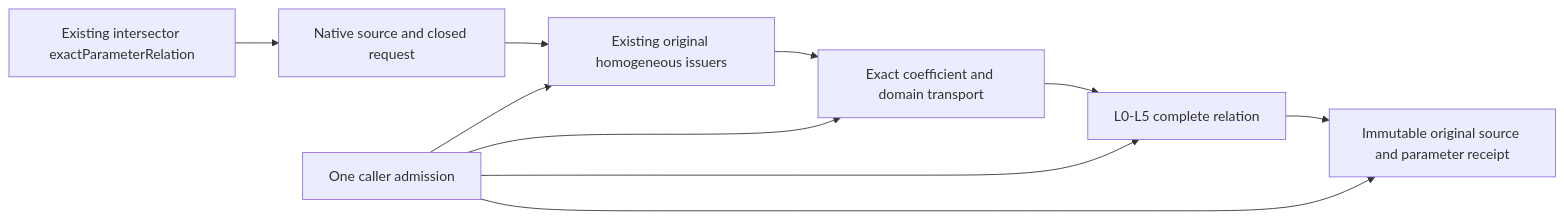
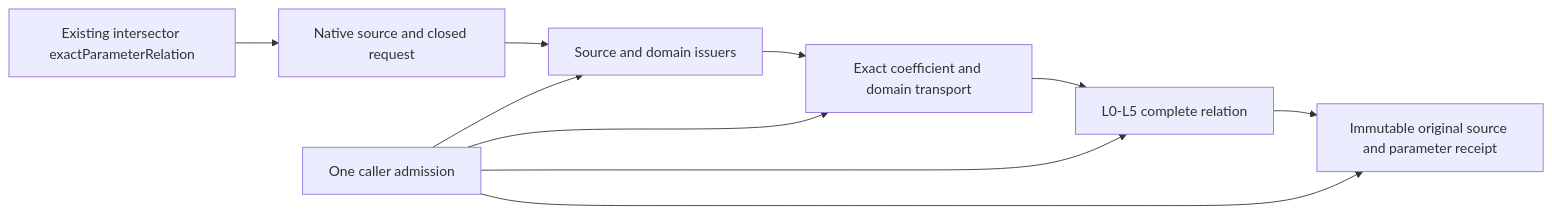
The diagram in Sources/CADGeometry/NativeExactRelations/DESIGN.md (1amageek/swift-CAD), drawn with Mermaid before and after one commit. The commit also changed other lines of this file and 52 other files, not shown here.

````diff
--- a/Sources/CADGeometry/NativeExactRelations/DESIGN.md
+++ b/Sources/CADGeometry/NativeExactRelations/DESIGN.md
@@ -31,12 +31,12 @@
 ```mermaid
 flowchart LR
  Q[Existing intersector exactParameterRelation] --> N[Native source and closed request]
- N --> H[Existing original homogeneous issuers]
+ N --> H[Source and domain issuers]
  H --> T[Exact coefficient and domain transport]
  T --> L[L0-L5 complete relation]
  L --> R[Immutable original source and parameter receipt]
  A[One caller admission] --> H
  A --> T
  A --> L
  A --> R
 ```
````
